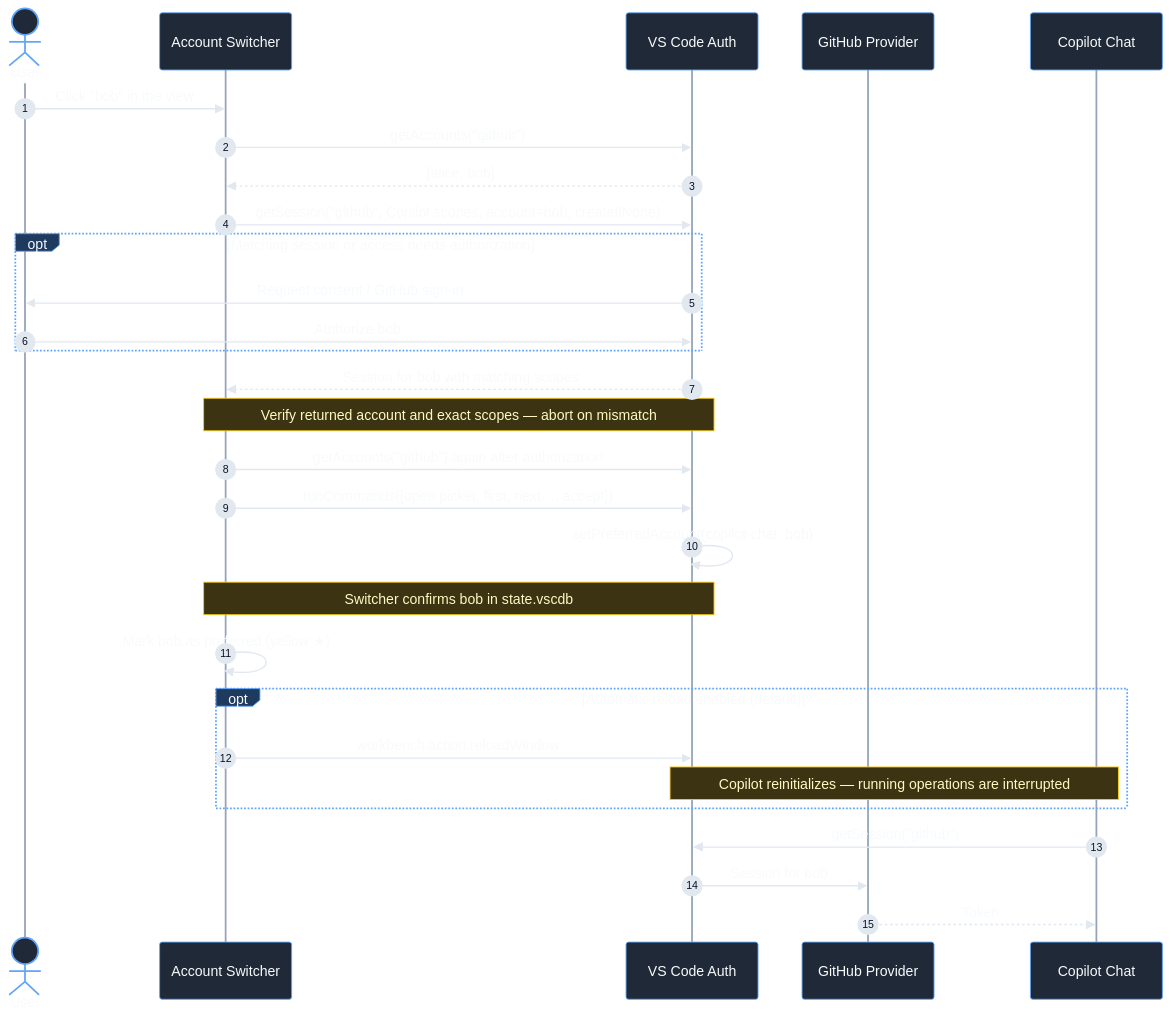
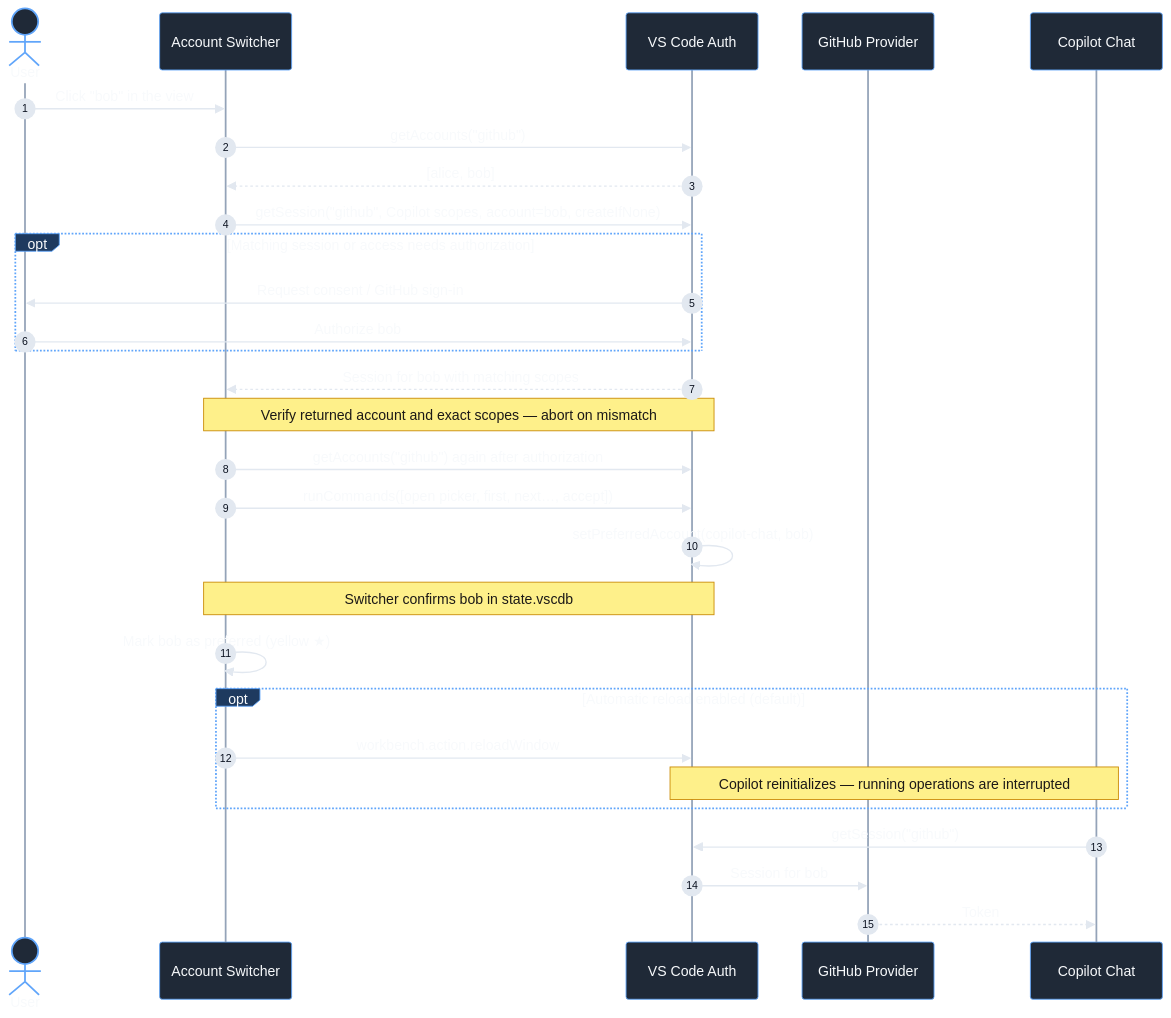
One commit to OleksiiTimofieiev/plugin changed the second of 2 diagrams in README.md. Above: the diagram before and after it, drawn with Mermaid.

Commit message:
readme fix

````diff
--- a/README.md
+++ b/README.md
@@ -57,62 +57,62 @@
 ```mermaid
 %%{init: {
   "theme": "base",
   "themeVariables": {
     "fontFamily": "ui-sans-serif, system-ui, sans-serif",
     "fontSize": "15px",
     "background": "#0d1117",
     "mainBkg": "#1f2937",
     "primaryColor": "#1f2937",
     "primaryTextColor": "#f8fafc",
     "primaryBorderColor": "#60a5fa",
     "lineColor": "#e2e8f0",
     "textColor": "#f8fafc",
     "actorBkg": "#1f2937",
     "actorBorder": "#60a5fa",
     "actorTextColor": "#f8fafc",
     "actorLineColor": "#94a3b8",
     "signalColor": "#e2e8f0",
     "signalTextColor": "#f8fafc",
     "labelBoxBkgColor": "#1e3a5f",
     "labelBoxBorderColor": "#60a5fa",
     "labelTextColor": "#f8fafc",
     "loopTextColor": "#f8fafc",
-    "noteBkgColor": "#3b3311",
-    "noteBorderColor": "#facc15",
-    "noteTextColor": "#fef9c3",
+    "noteBkgColor": "#fef08a",
+    "noteBorderColor": "#ca8a04",
+    "noteTextColor": "#1c1917",
     "activationBkgColor": "#312e81",
     "activationBorderColor": "#a78bfa",
     "sequenceNumberColor": "#0b1220"
   }
 }}%%
 sequenceDiagram
     autonumber
     actor U as User
     participant E as Account Switcher
     participant V as VS Code Auth
     participant G as GitHub Provider
     participant C as Copilot Chat
 
     U->>E: Click "bob" in the view
     E->>V: getAccounts("github")
     V-->>E: [alice, bob]
     E->>V: getSession("github", Copilot scopes, account=bob, createIfNone)
     opt Matching session or access needs authorization
       V->>U: Request consent / GitHub sign-in
       U->>V: Authorize bob
     end
     V-->>E: Session for bob with matching scopes
     Note over E,V: Verify returned account and exact scopes — abort on mismatch
     E->>V: getAccounts("github") again after authorization
     E->>V: runCommands([open picker, first, next…, accept])
     V->>V: setPreferredAccount(copilot-chat, bob)
     Note over E,V: Switcher confirms bob in state.vscdb
     E->>E: Mark bob as preferred (yellow ★)
     opt Automatic reload enabled (default)
       E->>V: workbench.action.reloadWindow
       Note over V,C: Copilot reinitializes — running operations are interrupted
     end
     C->>V: getSession("github")
     V->>G: Session for bob
     G-->>C: Token
 ```
````
